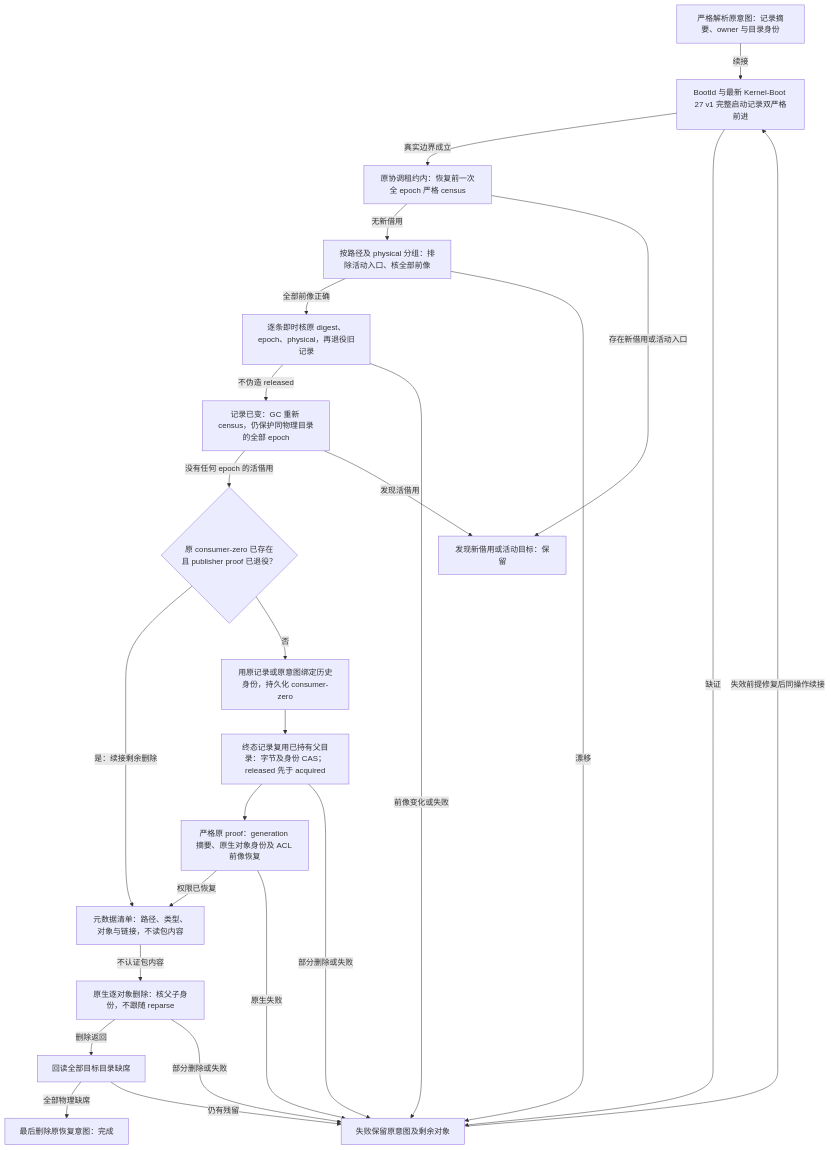
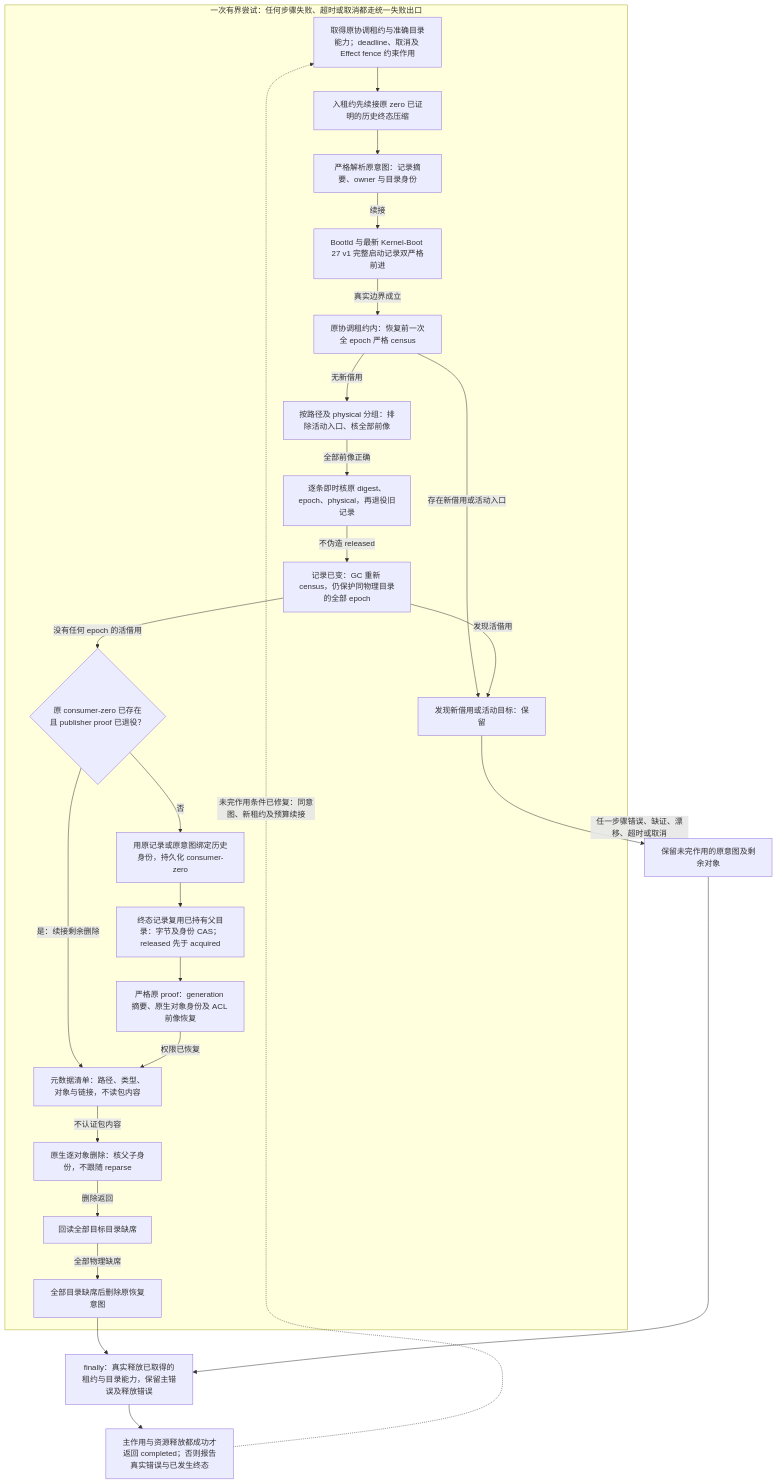
Before and after one commit to sec-platform/sec: the fourth of 5 diagrams in docs/开发/仓库维护/Git冻结与资源退役.md, drawn with Mermaid. The commit also changed 3 other files, not shown here.

Commit message:
docs: require explicit control coverage in text and diagrams

````diff
--- a/docs/开发/仓库维护/Git冻结与资源退役.md
+++ b/docs/开发/仓库维护/Git冻结与资源退役.md
@@ -126,43 +126,49 @@
 ```mermaid
 flowchart TB
+  subgraph attempt["一次有界尝试：任何步骤失败、超时或取消都走统一失败出口"]
+  scope["取得原协调租约与准确目录能力；deadline、取消及 Effect fence 约束作用"]
+  prior["入租约先续接原 zero 已证明的历史终态压缩"]
   saved["严格解析原意图：记录摘要、owner 与目录身份"]
   boot["BootId 与最新 Kernel-Boot 27 v1 完整启动记录双严格前进"]
   census["原协调租约内：恢复前一次全 epoch 严格 census"]
   identity["按路径及 physical 分组：排除活动入口、核全部前像"]
   records["逐条即时核原 digest、epoch、physical，再退役旧记录"]
   fresh["记录已变：GC 重新 census，仍保护同物理目录的全部 epoch"]
   ready{"原 consumer-zero 已存在且 publisher proof 已退役？"}
   zero["用原记录或原意图绑定历史身份，持久化 consumer-zero"]
   compact["终态记录复用已持有父目录：字节及身份 CAS；released 先于 acquired"]
   proof["严格原 proof：generation 摘要、原生对象身份及 ACL 前像恢复"]
   metadata["元数据清单：路径、类型、对象与链接，不读包内容"]
   remove["原生逐对象删除：核父子身份，不跟随 reparse"]
   absent["回读全部目标目录缺席"]
-  done["最后删除原恢复意图：完成"]
+  done["全部目录缺席后删除原恢复意图"]
   keep["发现新借用或活动目标：保留"]
-  pending["失败保留原意图及剩余对象"]
+  end
+  pending["保留未完作用的原意图及剩余对象"]
+  release["finally：真实释放已取得的租约与目录能力，保留主错误及释放错误"]
+  outcome["主作用与资源释放都成功才返回 completed；否则报告真实错误与已发生终态"]
+  scope --> prior
+  prior --> saved
   saved -->|续接| boot
   boot -->|真实边界成立| census
   census -->|无新借用| identity
   census -->|存在新借用或活动入口| keep
   identity -->|全部前像正确| records
   records -->|不伪造 released| fresh
   fresh -->|没有任何 epoch 的活借用| ready
   fresh -->|发现活借用| keep
   ready -->|是：续接剩余删除| metadata
   ready -->|否| zero
   zero --> compact
   compact --> proof
   proof -->|权限已恢复| metadata
   metadata -->|不认证包内容| remove
   remove -->|删除返回| absent
   absent -->|全部物理缺席| done
-  boot -->|缺证| pending
-  identity -->|漂移| pending
-  records -->|前像变化或失败| pending
-  compact -->|部分删除或失败| pending
-  proof -->|原生失败| pending
-  remove -->|部分删除或失败| pending
-  absent -->|仍有残留| pending
-  pending -->|失效前提修复后同操作续接| boot
+  done --> release
+  release --> outcome
+  attempt -->|任一步骤错误、缺证、漂移、超时或取消| pending
+  keep --> pending
+  pending --> release
+  outcome -.->|未完作用条件已修复：同意图、新租约及预算续接| scope
 ```
````
